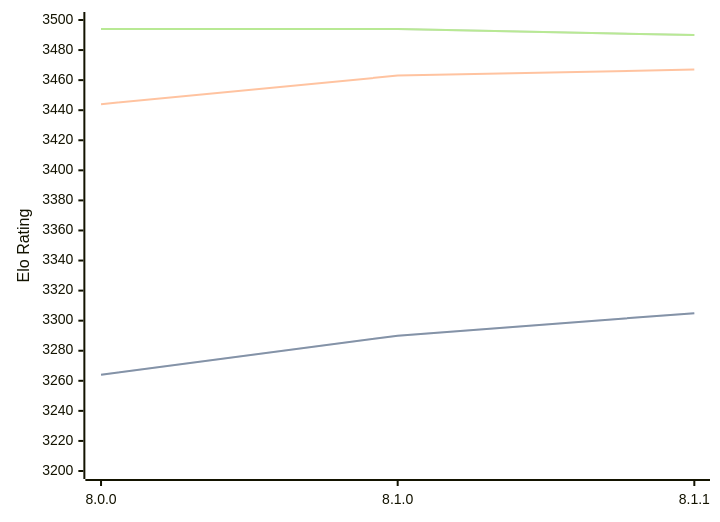
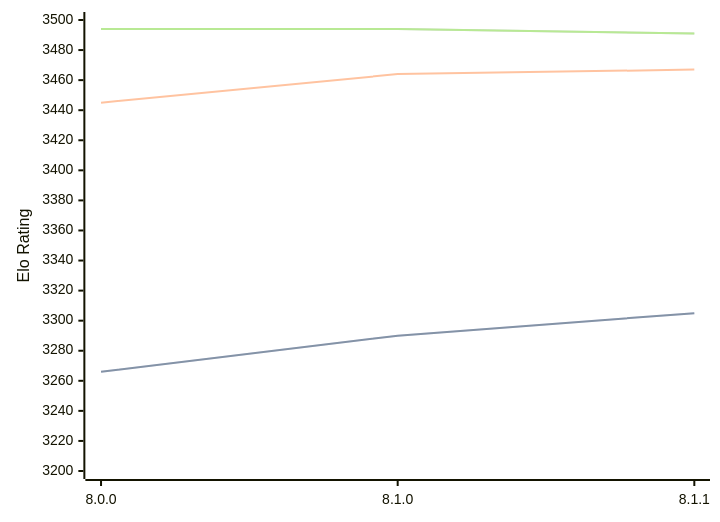
The diagram in engines/Velvet.md (computer-chess-index/cci), drawn with Mermaid before and after one commit. The commit also changed other lines of this file, not shown here.

Commit message:
Update CCI Ratings (ELO VLTC) - 2026-04-01

````diff
--- a/engines/Velvet.md
+++ b/engines/Velvet.md
@@ -57,11 +57,11 @@
 ```mermaid
 %%{init: {"theme":"base","themeVariables":{"seriesColors:['#a3a3a3','#222221','#faa371']}}}%%
 xychart-beta
   x-axis ["8.0.0", "8.1.0", "8.1.1"]
   y-axis "Elo Rating" 3200 --> 3500
-  line "STC (8.0+0.08s)" [3264, 3290, 3305]
-  line "STC (8.0+0.08s)" [3264, 3290, 3305]
-  line "LTC (60.0+0.60s)" [3444, 3463, 3467]
-  line "VLTC (2m24s+1.12s)" [3494, 3494, 3490]
-  line "VLTC (2m24s+1.12s)" [3494, 3494, 3490]
+  line "STC (8.0+0.08s)" [3266, 3290, 3305]
+  line "STC (8.0+0.08s)" [3266, 3290, 3305]
+  line "LTC (60.0+0.60s)" [3445, 3464, 3467]
+  line "VLTC (2m24s+1.12s)" [3494, 3494, 3491]
+  line "VLTC (2m24s+1.12s)" [3494, 3494, 3491]
 ```
````
